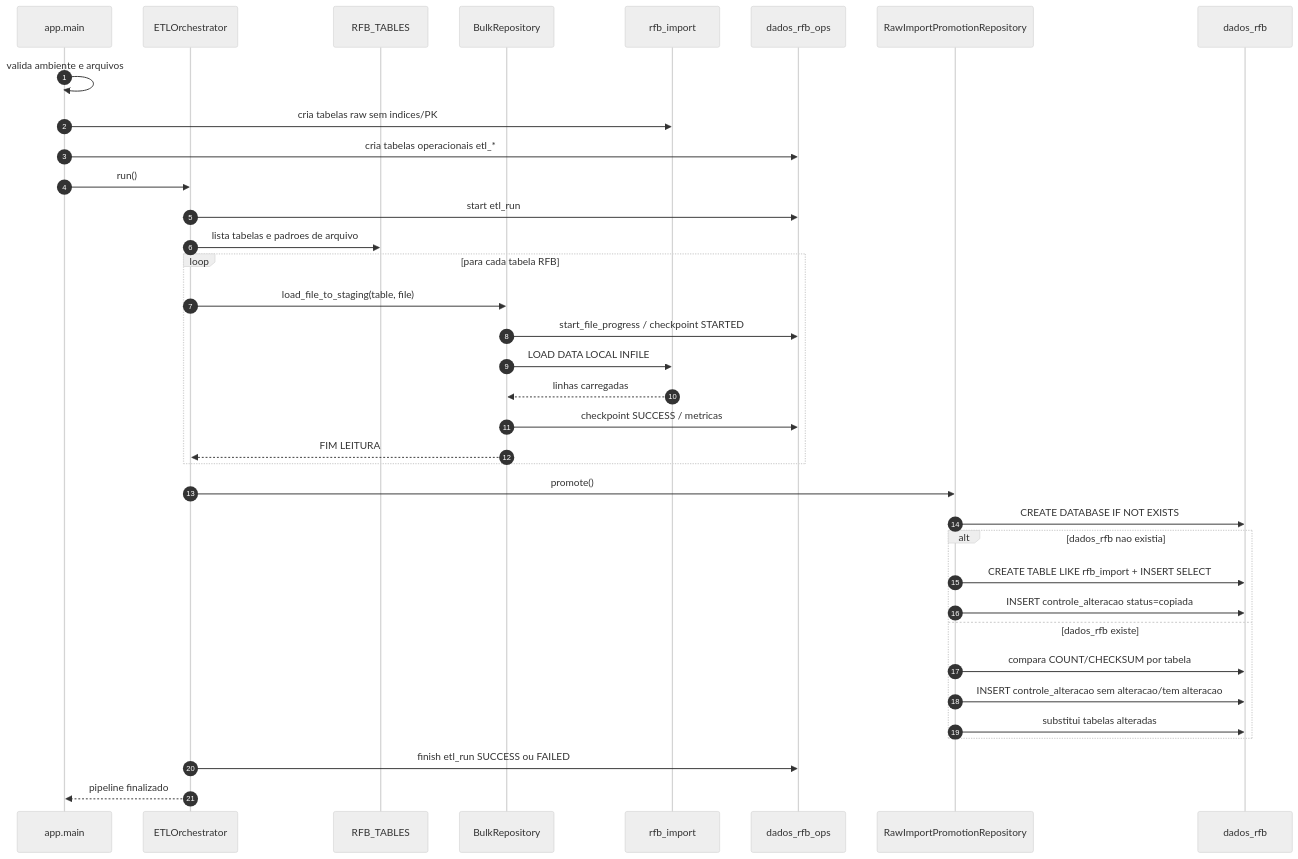
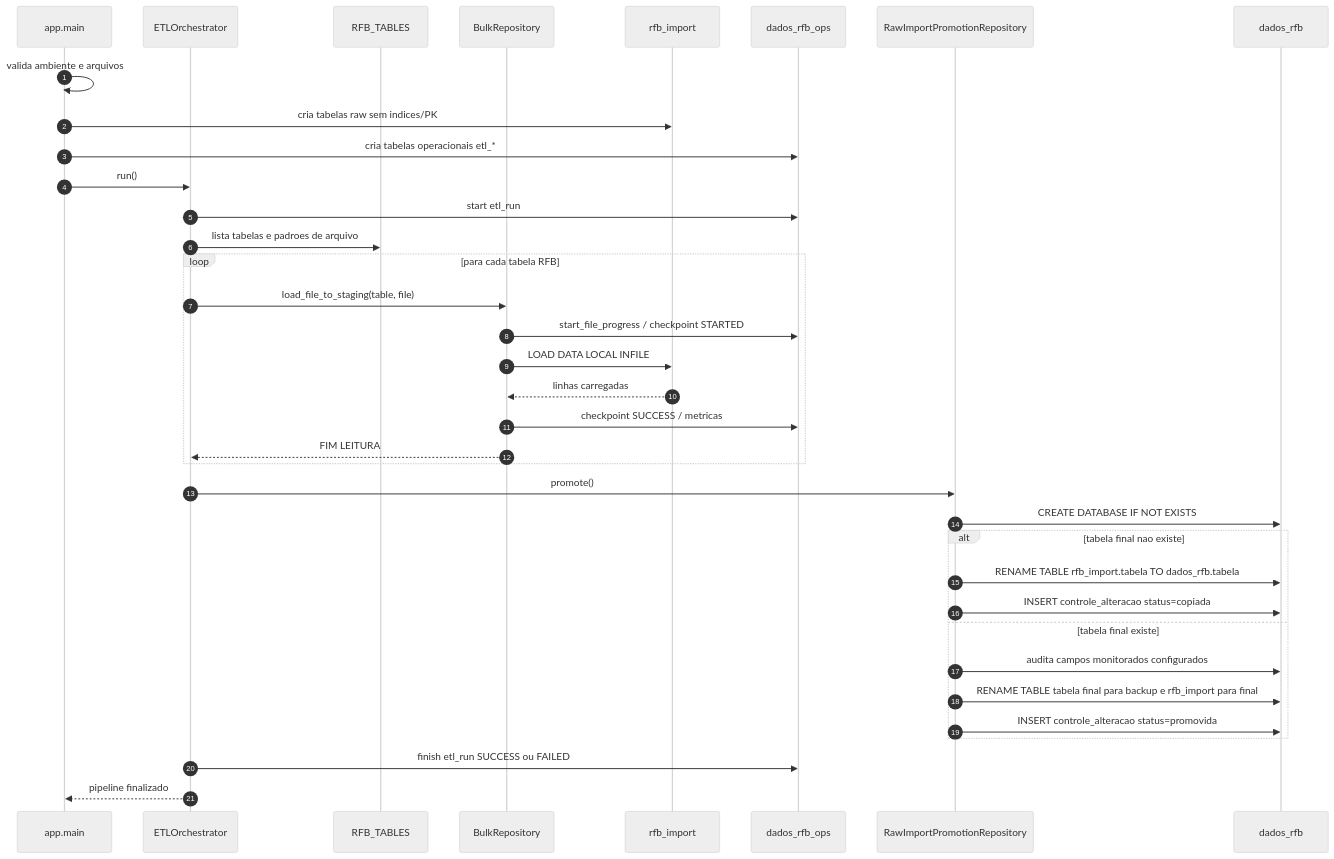
Before and after one commit to vrelme/DADOS_RFB: the diagram in docs/diagrams/sequence-load.mmd, drawn with Mermaid (neutral theme). The commit also changed 7 other files, not shown here.

```diff
--- a/docs/diagrams/sequence-load.mmd
+++ b/docs/diagrams/sequence-load.mmd
@@ -1,40 +1,40 @@
 sequenceDiagram
     autonumber
     participant Main as app.main
     participant Orc as ETLOrchestrator
     participant Manifest as RFB_TABLES
     participant Repo as BulkRepository
     participant ImportDB as rfb_import
     participant OpsDB as dados_rfb_ops
     participant Promo as RawImportPromotionRepository
     participant FinalDB as dados_rfb
 
     Main->>Main: valida ambiente e arquivos
     Main->>ImportDB: cria tabelas raw sem indices/PK
     Main->>OpsDB: cria tabelas operacionais etl_*
     Main->>Orc: run()
     Orc->>OpsDB: start etl_run
     Orc->>Manifest: lista tabelas e padroes de arquivo
 
     loop para cada tabela RFB
         Orc->>Repo: load_file_to_staging(table, file)
         Repo->>OpsDB: start_file_progress / checkpoint STARTED
         Repo->>ImportDB: LOAD DATA LOCAL INFILE
         ImportDB-->>Repo: linhas carregadas
         Repo->>OpsDB: checkpoint SUCCESS / metricas
         Repo-->>Orc: FIM LEITURA
     end
 
     Orc->>Promo: promote()
     Promo->>FinalDB: CREATE DATABASE IF NOT EXISTS
-    alt dados_rfb nao existia
-        Promo->>FinalDB: CREATE TABLE LIKE rfb_import + INSERT SELECT
+    alt tabela final nao existe
+        Promo->>FinalDB: RENAME TABLE rfb_import.tabela TO dados_rfb.tabela
         Promo->>FinalDB: INSERT controle_alteracao status=copiada
-    else dados_rfb existe
-        Promo->>FinalDB: compara COUNT/CHECKSUM por tabela
-        Promo->>FinalDB: INSERT controle_alteracao sem alteracao/tem alteracao
-        Promo->>FinalDB: substitui tabelas alteradas
+    else tabela final existe
+        Promo->>FinalDB: audita campos monitorados configurados
+        Promo->>FinalDB: RENAME TABLE tabela final para backup e rfb_import para final
+        Promo->>FinalDB: INSERT controle_alteracao status=promovida
     end
 
     Orc->>OpsDB: finish etl_run SUCCESS ou FAILED
     Orc-->>Main: pipeline finalizado
```
